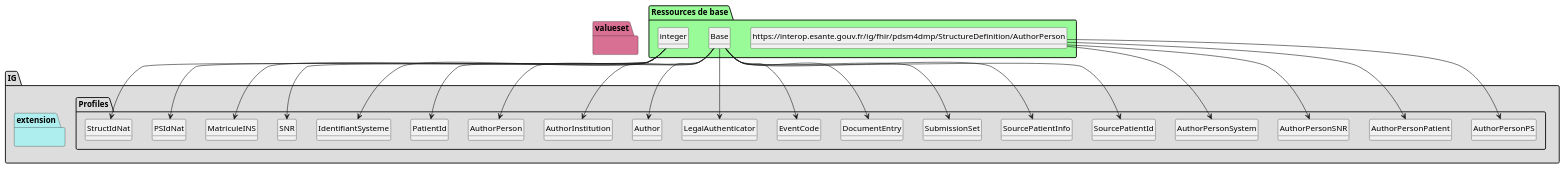
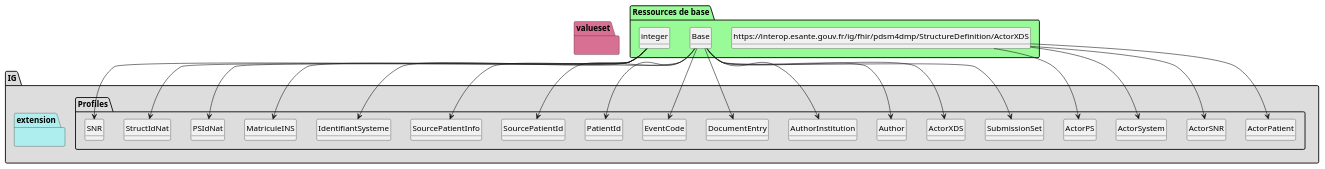
One commit to ansforge/IG-FHIR-PDSM4DMP-EEDS changed the diagram in add-info-dmp/plantuml/graph.puml. Above: the diagram before and after it, drawn with PlantUML. The commit also changed 437 other files, not shown here.

```diff
--- a/add-info-dmp/plantuml/graph.puml
+++ b/add-info-dmp/plantuml/graph.puml
@@ -6,6 +6,64 @@
 package IG #DDDDDD{
 
      package Profiles #DDDDDD{
+
+        class ActorPS{
+
+             ActorPS => [None..None]
+             ActorPS.XCN1 => [None..None]
+             ActorPS.XCN2 => [None..None]
+             ActorPS.XCN3 => [None..None]
+             ActorPS.XCN9.composant2 => [None..None]
+             ActorPS.XCN10 => [None..None]
+             ActorPS.XCN13 => [None..None]
+        } 
+
+        class ActorPatient{
+
+             ActorPatient => [None..None]
+             ActorPatient.XCN1 => [None..None]
+             ActorPatient.XCN2 => [None..None]
+             ActorPatient.XCN3 => [None..None]
+             ActorPatient.XCN9.composant2 => [None..None]
+             ActorPatient.XCN10 => [None..None]
+             ActorPatient.XCN13 => [None..None]
+        } 
+
+        class ActorSNR{
+
+             ActorSNR => [None..None]
+             ActorSNR.XCN1 => [None..None]
+             ActorSNR.XCN2 => [None..None]
+             ActorSNR.XCN3 => [None..None]
+             ActorSNR.XCN9.composant2 => [None..None]
+             ActorSNR.XCN10 => [None..None]
+             ActorSNR.XCN13 => [None..None]
+        } 
+
+        class ActorSystem{
+
+             ActorSystem => [None..None]
+             ActorSystem.XCN1 => [None..None]
+             ActorSystem.XCN2 => [None..None]
+             ActorSystem.XCN3 => [None..None]
+             ActorSystem.XCN9.composant2 => [None..None]
+             ActorSystem.XCN10 => [None..None]
+             ActorSystem.XCN13 => [None..None]
+        } 
+
+        class ActorXDS{
+
+             ActorXDS => [None..None]
+             ActorXDS.XCN1 => [1..1]
+             ActorXDS.XCN2 => [1..1]
+             ActorXDS.XCN3 => [1..1]
+             ActorXDS.XCN9 => [1..1]
+             ActorXDS.XCN9.composant1 => [1..1]
+             ActorXDS.XCN9.composant2 => [1..1]
+             ActorXDS.XCN9.composant3 => [1..1]
+             ActorXDS.XCN10 => [1..1]
+             ActorXDS.XCN13 => [1..1]
+        } 
 
         class Author{
 
@@ -26,64 +84,6 @@
              AuthorInstitution.XON6.composant3 => [1..1]
              AuthorInstitution.XON7 => [1..1]
              AuthorInstitution.XON10 => [1..1]
-        } 
-
-        class AuthorPerson{
-
-             AuthorPerson => [None..None]
-             AuthorPerson.XCN1 => [1..1]
-             AuthorPerson.XCN2 => [1..1]
-             AuthorPerson.XCN3 => [1..1]
-             AuthorPerson.XCN9 => [1..1]
-             AuthorPerson.XCN9.composant1 => [1..1]
-             AuthorPerson.XCN9.composant2 => [1..1]
-             AuthorPerson.XCN9.composant3 => [1..1]
-             AuthorPerson.XCN10 => [1..1]
-             AuthorPerson.XCN13 => [1..1]
-        } 
-
-        class AuthorPersonPS{
-
-             AuthorPersonPS => [None..None]
-             AuthorPersonPS.XCN1 => [None..None]
-             AuthorPersonPS.XCN2 => [None..None]
-             AuthorPersonPS.XCN3 => [None..None]
-             AuthorPersonPS.XCN9.composant2 => [None..None]
-             AuthorPersonPS.XCN10 => [None..None]
-             AuthorPersonPS.XCN13 => [None..None]
-        } 
-
-        class AuthorPersonPatient{
-
-             AuthorPersonPatient => [None..None]
-             AuthorPersonPatient.XCN1 => [None..None]
-             AuthorPersonPatient.XCN2 => [None..None]
-             AuthorPersonPatient.XCN3 => [None..None]
-             AuthorPersonPatient.XCN9.composant2 => [None..None]
-             AuthorPersonPatient.XCN10 => [None..None]
-             AuthorPersonPatient.XCN13 => [None..None]
-        } 
-
-        class AuthorPersonSNR{
-
-             AuthorPersonSNR => [None..None]
-             AuthorPersonSNR.XCN1 => [None..None]
-             AuthorPersonSNR.XCN2 => [None..None]
-             AuthorPersonSNR.XCN3 => [None..None]
-             AuthorPersonSNR.XCN9.composant2 => [None..None]
-             AuthorPersonSNR.XCN10 => [None..None]
-             AuthorPersonSNR.XCN13 => [None..None]
-        } 
-
-        class AuthorPersonSystem{
-
-             AuthorPersonSystem => [None..None]
-             AuthorPersonSystem.XCN1 => [None..None]
-             AuthorPersonSystem.XCN2 => [None..None]
-             AuthorPersonSystem.XCN3 => [None..None]
-             AuthorPersonSystem.XCN9.composant2 => [None..None]
-             AuthorPersonSystem.XCN10 => [None..None]
-             AuthorPersonSystem.XCN13 => [None..None]
         } 
 
         class DocumentEntry{
@@ -133,17 +133,6 @@
 
         class IdentifiantSysteme{
 
-        } 
-
-        class LegalAuthenticator{
-
-             LegalAuthenticator => [None..None]
-             LegalAuthenticator.XCN1 => [1..1]
-             LegalAuthenticator.XCN2 => [1..1]
-             LegalAuthenticator.XCN3 => [1..1]
-             LegalAuthenticator.XCN9 => [1..1]
-             LegalAuthenticator.XCN10 => [1..1]
-             LegalAuthenticator.XCN13 => [1..1]
         } 
 
         class MatriculeINS{
@@ -222,6 +211,26 @@
 
 package "Ressources de base" #palegreen {
 
+ class "https://interop.esante.gouv.fr/ig/fhir/pdsm4dmp/StructureDefinition/ActorXDS" as  classb1fa6044c54073490b5e2804c2a7a77e 
+
+    classb1fa6044c54073490b5e2804c2a7a77e --> ActorPS
+
+ class "https://interop.esante.gouv.fr/ig/fhir/pdsm4dmp/StructureDefinition/ActorXDS" as  classb1fa6044c54073490b5e2804c2a7a77e 
+
+    classb1fa6044c54073490b5e2804c2a7a77e --> ActorPatient
+
+ class "https://interop.esante.gouv.fr/ig/fhir/pdsm4dmp/StructureDefinition/ActorXDS" as  classb1fa6044c54073490b5e2804c2a7a77e 
+
+    classb1fa6044c54073490b5e2804c2a7a77e --> ActorSNR
+
+ class "https://interop.esante.gouv.fr/ig/fhir/pdsm4dmp/StructureDefinition/ActorXDS" as  classb1fa6044c54073490b5e2804c2a7a77e 
+
+    classb1fa6044c54073490b5e2804c2a7a77e --> ActorSystem
+
+ class "Base" as  class095a1b43effec73955e31e790438de49 
+
+    class095a1b43effec73955e31e790438de49 --> ActorXDS
+
  class "Base" as  class095a1b43effec73955e31e790438de49 
 
     class095a1b43effec73955e31e790438de49 --> Author
@@ -229,26 +238,6 @@
  class "Base" as  class095a1b43effec73955e31e790438de49 
 
     class095a1b43effec73955e31e790438de49 --> AuthorInstitution
-
- class "Base" as  class095a1b43effec73955e31e790438de49 
-
-    class095a1b43effec73955e31e790438de49 --> AuthorPerson
-
- class "https://interop.esante.gouv.fr/ig/fhir/pdsm4dmp/StructureDefinition/AuthorPerson" as  class13efa5e33f55644d6cfbc450d7ab19ac 
-
-    class13efa5e33f55644d6cfbc450d7ab19ac --> AuthorPersonPS
-
- class "https://interop.esante.gouv.fr/ig/fhir/pdsm4dmp/StructureDefinition/AuthorPerson" as  class13efa5e33f55644d6cfbc450d7ab19ac 
-
-    class13efa5e33f55644d6cfbc450d7ab19ac --> AuthorPersonPatient
-
- class "https://interop.esante.gouv.fr/ig/fhir/pdsm4dmp/StructureDefinition/AuthorPerson" as  class13efa5e33f55644d6cfbc450d7ab19ac 
-
-    class13efa5e33f55644d6cfbc450d7ab19ac --> AuthorPersonSNR
-
- class "https://interop.esante.gouv.fr/ig/fhir/pdsm4dmp/StructureDefinition/AuthorPerson" as  class13efa5e33f55644d6cfbc450d7ab19ac 
-
-    class13efa5e33f55644d6cfbc450d7ab19ac --> AuthorPersonSystem
 
  class "Base" as  class095a1b43effec73955e31e790438de49 
 
@@ -261,10 +250,6 @@
  class "integer" as  class157db7df530023575515d366c9b672e8 
 
     class157db7df530023575515d366c9b672e8 --> IdentifiantSysteme
-
- class "Base" as  class095a1b43effec73955e31e790438de49 
-
-    class095a1b43effec73955e31e790438de49 --> LegalAuthenticator
 
  class "integer" as  class157db7df530023575515d366c9b672e8 
 
```
